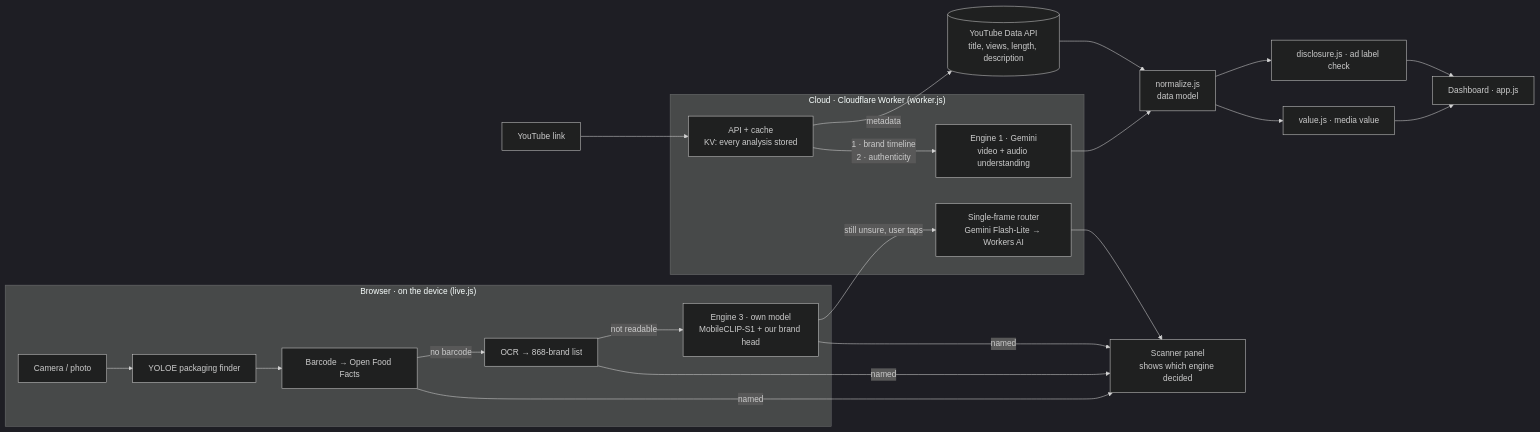
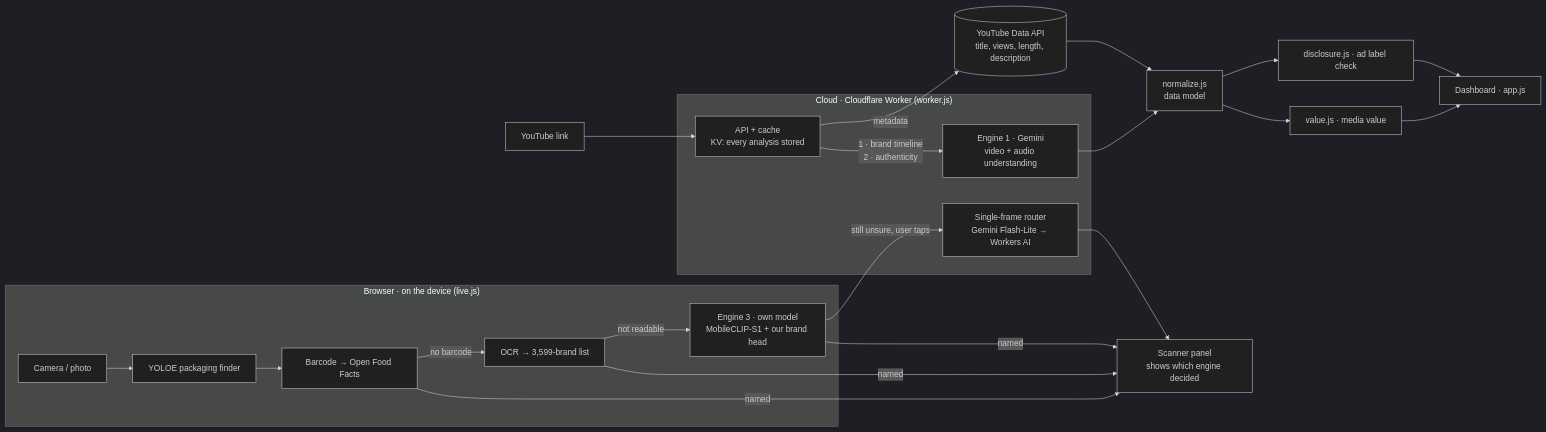
Before and after one commit to moritzb1/placementradar: the diagram in README.md, drawn with Mermaid (dark theme). The commit also changed other lines of this file and 21 other files, not shown here.

````diff
--- a/README.md
+++ b/README.md
@@ -96,26 +96,26 @@
 ```mermaid
 flowchart LR
   subgraph Cloud["Cloud · Cloudflare Worker (worker.js)"]
     W[API + cache<br/>KV: every analysis stored]
     G[Engine 1 · Gemini<br/>video + audio understanding]
     R[Single-frame router<br/>Gemini Flash-Lite → Workers AI]
   end
   U[YouTube link] --> W
   W -->|metadata| YT[(YouTube Data API<br/>title, views, length, description)]
   W -->|1 · brand timeline<br/>2 · authenticity| G
   G --> N[normalize.js<br/>data model]
   YT --> N
   N --> V[value.js · media value]
   N --> D[disclosure.js · ad label check]
   V --> UI[Dashboard · app.js]
   D --> UI
   subgraph Device["Browser · on the device (live.js)"]
     C[Camera / photo] --> Y[YOLOE packaging finder]
     Y --> B[Barcode → Open Food Facts]
-    B -->|no barcode| O[OCR → 868-brand list]
+    B -->|no barcode| O[OCR → 3,599-brand list]
     O -->|not readable| M[Engine 3 · own model<br/>MobileCLIP-S1 + our brand head]
   end
   M -->|still unsure, user taps| R
   B & O & M -->|named| UI2[Scanner panel<br/>shows which engine decided]
   R --> UI2
 ```
````
